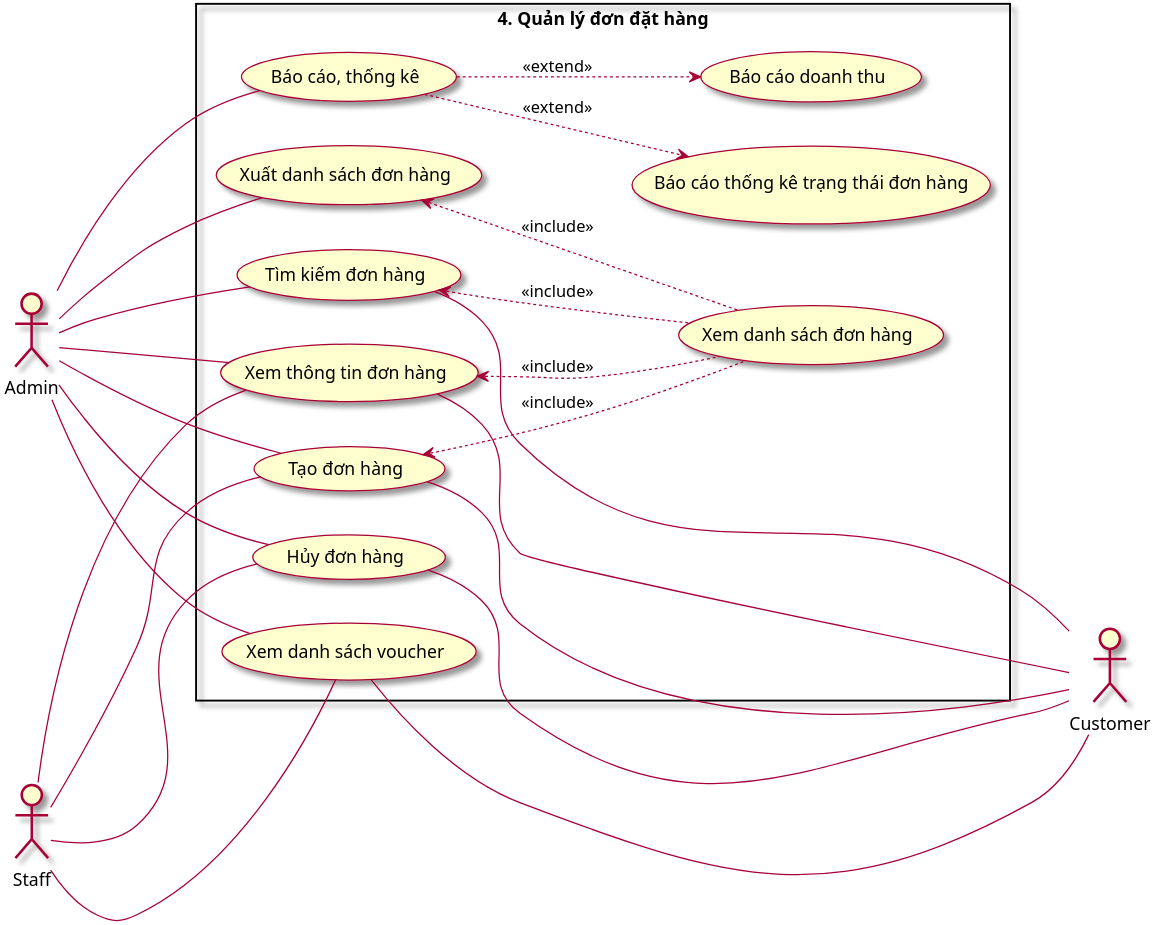
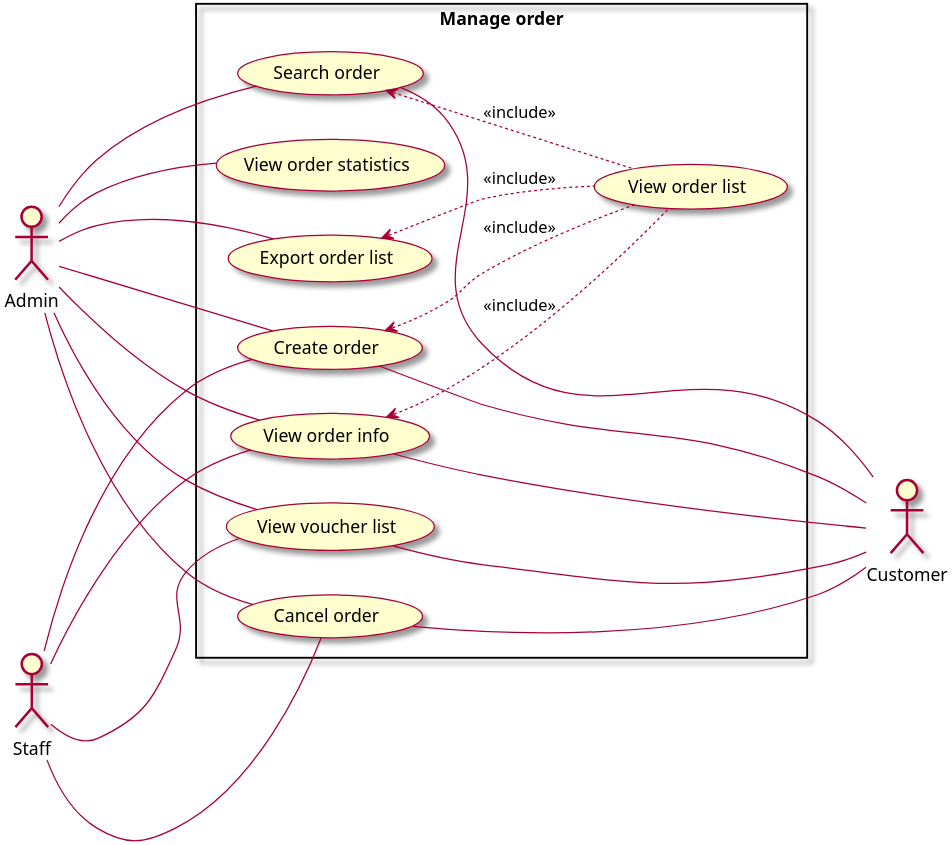
Before and after one commit to Marowota/ecommerce-plantuml: the diagram in Usecase/4. ManageOrder.puml, drawn with PlantUML. The commit also changed 10 other files, not shown here.

```diff
--- a/Usecase/4. ManageOrder.puml
+++ b/Usecase/4. ManageOrder.puml
@@ -1,51 +1,47 @@
 @startuml ManageOrder
 
 left to right direction
 scale 3
 skin rose
 
 actor Admin as admin
 actor Customer as customer
 actor Staff as staff
 
-rectangle "4. Quản lý đơn đặt hàng" {
-    usecase (Xem thông tin đơn hàng) as xttdh
-    usecase (Xem danh sách đơn hàng) as xdsdh
-    usecase (Xem danh sách voucher) as xdsv
-    usecase (Xuất danh sách đơn hàng) as xudsdh
-    usecase (Tạo đơn hàng) as tdh
-    usecase (Hủy đơn hàng) as hdh
-    usecase (Tìm kiếm đơn hàng) as tkdh
-    usecase (Báo cáo, thống kê) as bctk
-    usecase (Báo cáo thống kê trạng thái đơn hàng) as bctkttdh
-    usecase (Báo cáo doanh thu) as bcdt
+rectangle "Manage order" {
+    usecase (View order info) as xttdh
+    usecase (View order list) as xdsdh
+    usecase (View voucher list) as xdsv
+    usecase (Export order list) as xudsdh
+    usecase (Create order) as tdh
+    usecase (Cancel order) as hdh
+    usecase (Search order) as tkdh
+    usecase (View order statistics) as xtkdh
 }
 
 admin --- xttdh
 admin --- xdsv
 admin --- xudsdh    
 admin --- tdh
 admin --- hdh
 admin --- tkdh
-admin --- bctk
+admin --- xtkdh
 
 xttdh --- customer
 xdsv --- customer
 tdh --- customer
 hdh --- customer
 tkdh --- customer
 
 staff --- tdh
 staff --- xttdh
 staff --- xdsv
 staff --- hdh
 
-bctk ..> bctkttdh: <<extend>>
-bctk ..> bcdt: <<extend>>
 xudsdh <.. xdsdh : <<include>>
 tkdh <.. xdsdh : <<include>>
 tdh <.. xdsdh : <<include>>
 xttdh <.. xdsdh : <<include>>
 
 
 @enduml
```
